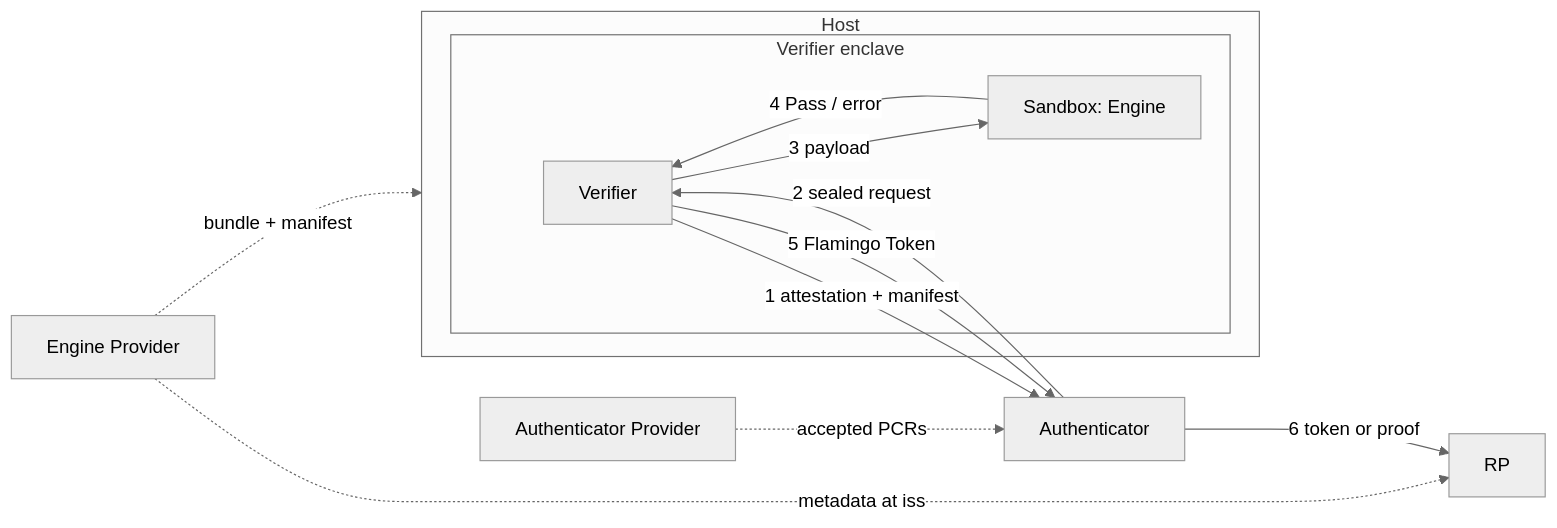
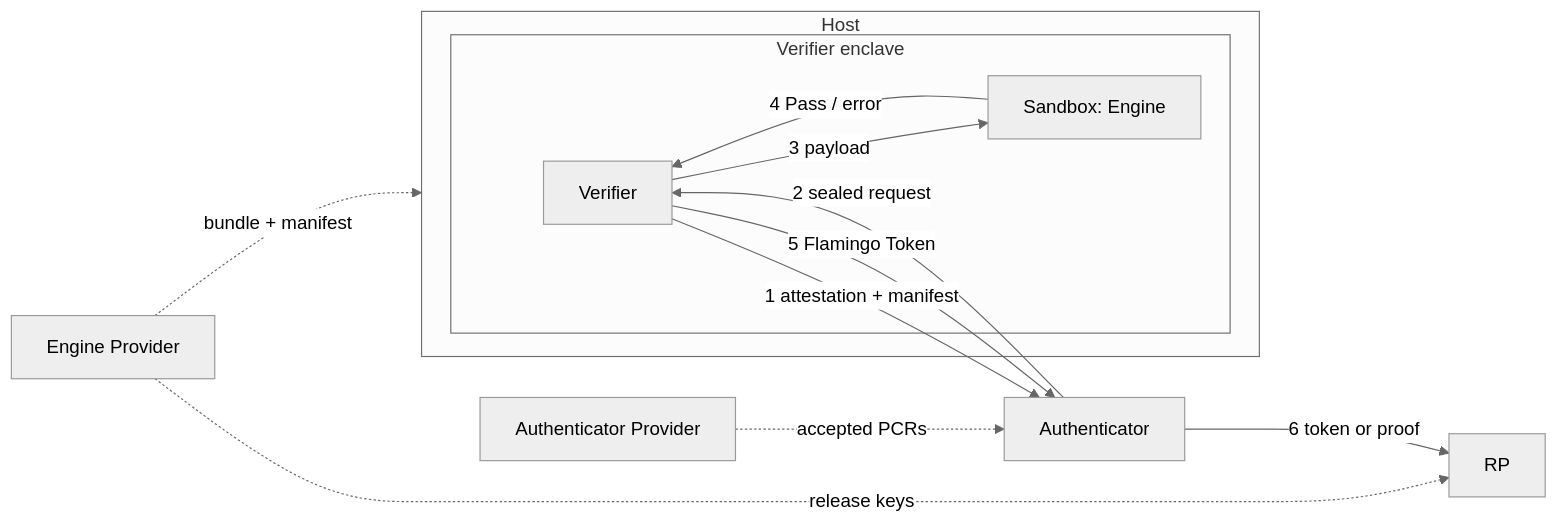
Before and after one commit to worldcoin/world-id-protocol: the diagram in docs/WIPs/wip-201.md, drawn with Mermaid (neutral theme). The commit also changed other lines of this file, not shown here.

````diff
--- a/docs/WIPs/wip-201.md
+++ b/docs/WIPs/wip-201.md
@@ -30,16 +30,16 @@
 ```mermaid
 flowchart LR
   EP[Engine Provider] -.->|bundle + manifest| Host
-  EP -.->|metadata at iss| RP
+  EP -.->|release keys| RP
   AP[Authenticator Provider] -.->|accepted PCRs| A[Authenticator]
   subgraph Host
     subgraph Enclave[Verifier enclave]
       V[Verifier] -->|3 payload| S[Sandbox: Engine]
       S -->|4 Pass / error| V
     end
   end
   V -->|1 attestation + manifest| A
   A -->|2 sealed request| V
   V -->|5 Flamingo Token| A
   A -->|6 token or proof| RP
 ```
````
